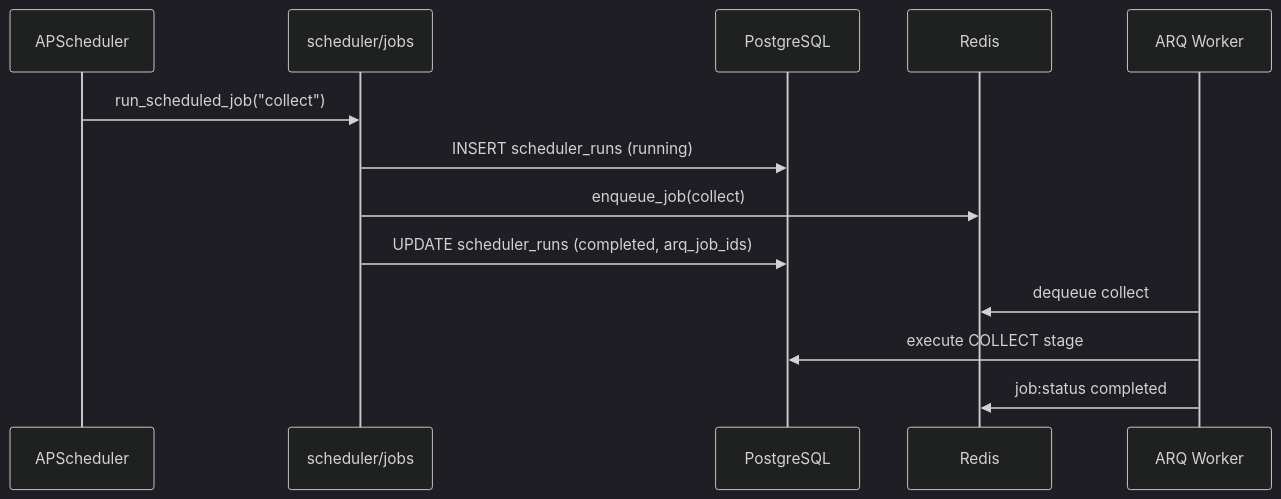
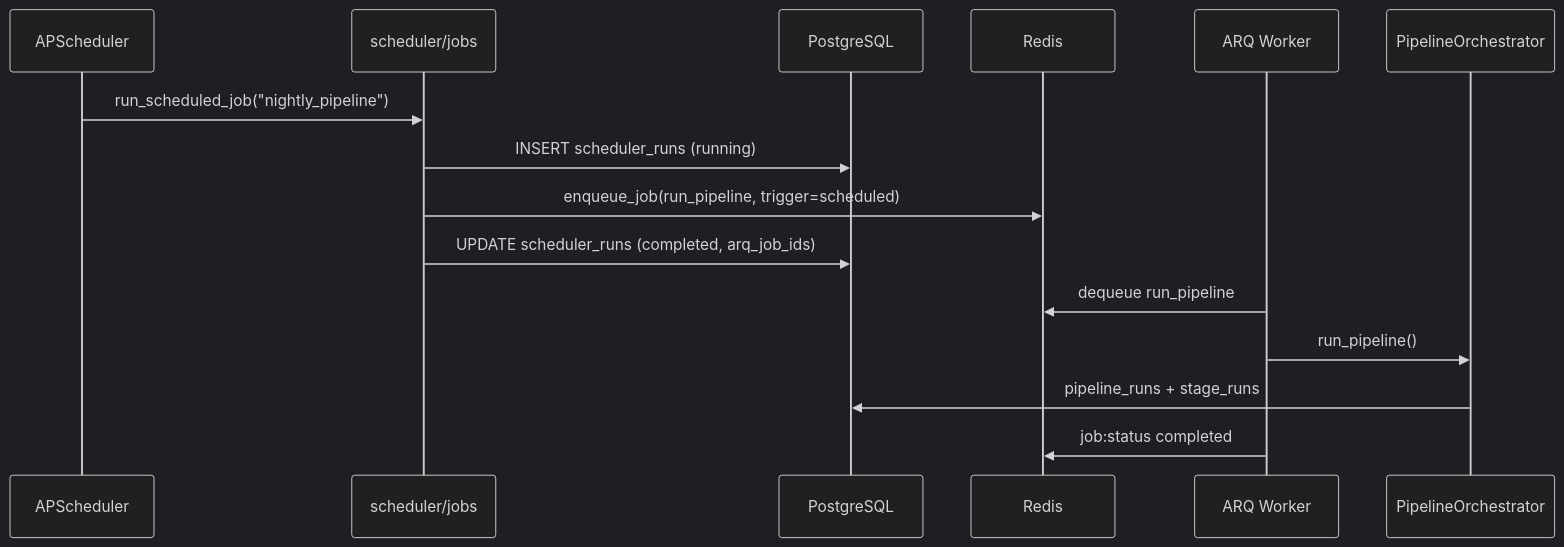
Before and after one commit to SandeebAdhikari/venture-studio: the second of 2 diagrams in docs/scheduler.md, drawn with Mermaid (dark theme). The commit also changed other lines of this file and 9 other files, not shown here.

````diff
--- a/docs/scheduler.md
+++ b/docs/scheduler.md
@@ -63,16 +60,18 @@
 ```mermaid
 sequenceDiagram
     participant APS as APScheduler
     participant SJ as scheduler/jobs
     participant PG as PostgreSQL
     participant Redis
     participant Worker as ARQ Worker
+    participant Orch as PipelineOrchestrator
 
-    APS->>SJ: run_scheduled_job("collect")
+    APS->>SJ: run_scheduled_job("nightly_pipeline")
     SJ->>PG: INSERT scheduler_runs (running)
-    SJ->>Redis: enqueue_job(collect)
+    SJ->>Redis: enqueue_job(run_pipeline, trigger=scheduled)
     SJ->>PG: UPDATE scheduler_runs (completed, arq_job_ids)
-    Worker->>Redis: dequeue collect
-    Worker->>PG: execute COLLECT stage
+    Worker->>Redis: dequeue run_pipeline
+    Worker->>Orch: run_pipeline()
+    Orch->>PG: pipeline_runs + stage_runs
     Worker->>Redis: job:status completed
 ```
````
